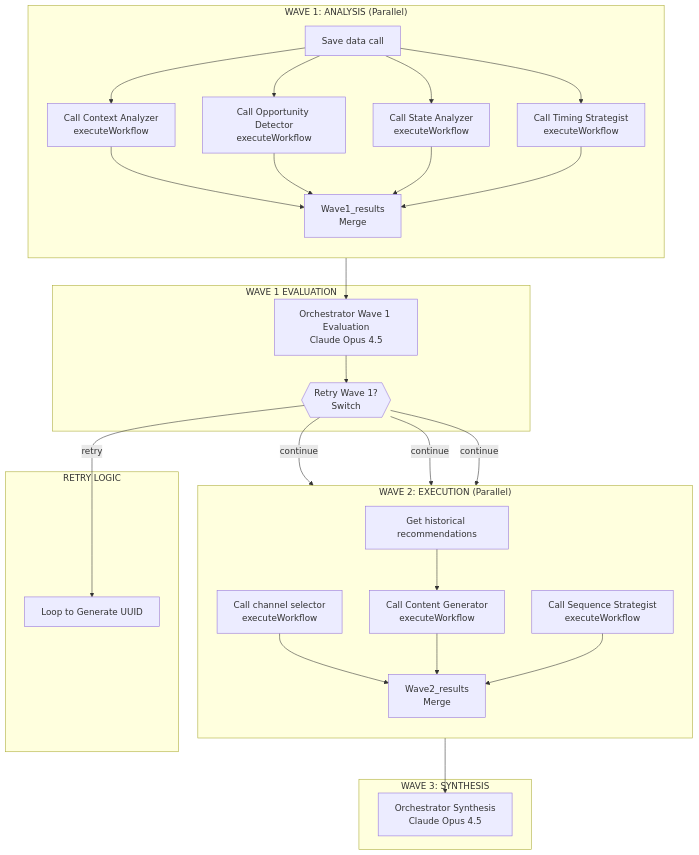
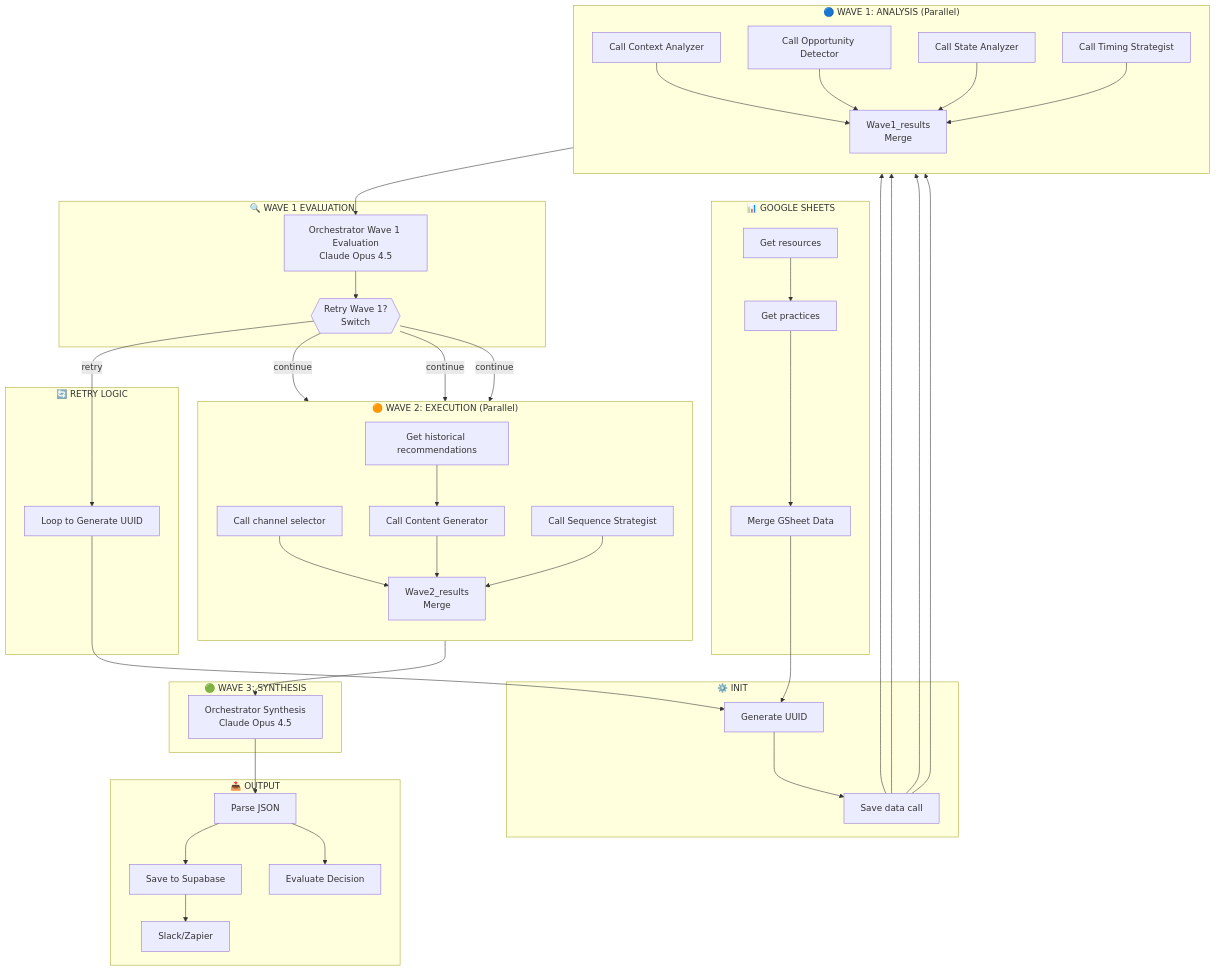
The first of 2 diagrams in README.md (damianstetsonair/sales-n8n-ia), drawn with Mermaid before and after one commit. The commit also changed other lines of this file and 1 other file, not shown here.

````diff
--- a/README.md
+++ b/README.md
@@ -33,42 +36,64 @@
 ```mermaid
 flowchart TB
-    subgraph WAVE1["WAVE 1: ANALYSIS (Parallel)"]
+    subgraph GSHEET["📊 GOOGLE SHEETS"]
+        GR["Get resources"]
+        GP["Get practices"]
+        MGS["Merge GSheet Data"]
+        GR --> GP --> MGS
+    end
+
+    subgraph INIT["⚙️ INIT"]
+        UUID["Generate UUID"]
+        SDC["Save data call"]
+        MGS --> UUID --> SDC
+    end
+
+    subgraph WAVE1["🔵 WAVE 1: ANALYSIS (Parallel)"]
         direction TB
-        SDC["Save data call"]
-        T1["Call Context Analyzer<br/>executeWorkflow"]
-        T2["Call Opportunity Detector<br/>executeWorkflow"]
-        T3["Call State Analyzer<br/>executeWorkflow"]
-        T4["Call Timing Strategist<br/>executeWorkflow"]
+        T1["Call Context Analyzer"]
+        T2["Call Opportunity Detector"]
+        T3["Call State Analyzer"]
+        T4["Call Timing Strategist"]
         M1["Wave1_results<br/>Merge"]
         SDC --> T1 & T2 & T3 & T4
         T1 & T2 & T3 & T4 --> M1
     end
 
-    subgraph EVAL["WAVE 1 EVALUATION"]
+    subgraph EVAL["🔍 WAVE 1 EVALUATION"]
         OWE["Orchestrator Wave 1 Evaluation<br/>Claude Opus 4.5"]
         SW{{"Retry Wave 1?<br/>Switch"}}
         M1 --> OWE
         OWE --> SW
     end
 
-    subgraph WAVE2["WAVE 2: EXECUTION (Parallel)"]
+    subgraph WAVE2["🟠 WAVE 2: EXECUTION (Parallel)"]
         direction TB
         GH["Get historical recommendations"]
-        T5["Call channel selector<br/>executeWorkflow"]
-        T6["Call Content Generator<br/>executeWorkflow"]
-        T7["Call Sequence Strategist<br/>executeWorkflow"]
+        T5["Call channel selector"]
+        T6["Call Content Generator"]
+        T7["Call Sequence Strategist"]
         M2["Wave2_results<br/>Merge"]
         SW -->|"continue"| GH & T5 & T7
         GH --> T6
         T5 & T6 & T7 --> M2
     end
 
-    subgraph RETRY["RETRY LOGIC"]
+    subgraph RETRY["🔄 RETRY LOGIC"]
         SW -->|"retry"| LOOP["Loop to Generate UUID"]
+        LOOP --> UUID
     end
 
-    subgraph WAVE3["WAVE 3: SYNTHESIS"]
+    subgraph WAVE3["🟢 WAVE 3: SYNTHESIS"]
         OS["Orchestrator Synthesis<br/>Claude Opus 4.5"]
         M2 --> OS
     end
+
+    subgraph OUTPUT["📤 OUTPUT"]
+        PJ["Parse JSON"]
+        SV["Save to Supabase"]
+        ED["Evaluate Decision"]
+        ZAP["Slack/Zapier"]
+        OS --> PJ --> SV & ED
+        SV --> ZAP
+    end
 ```
````
